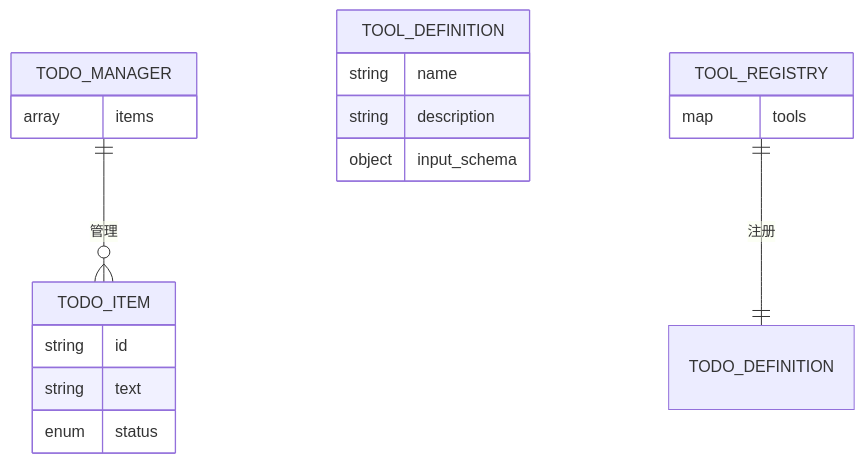
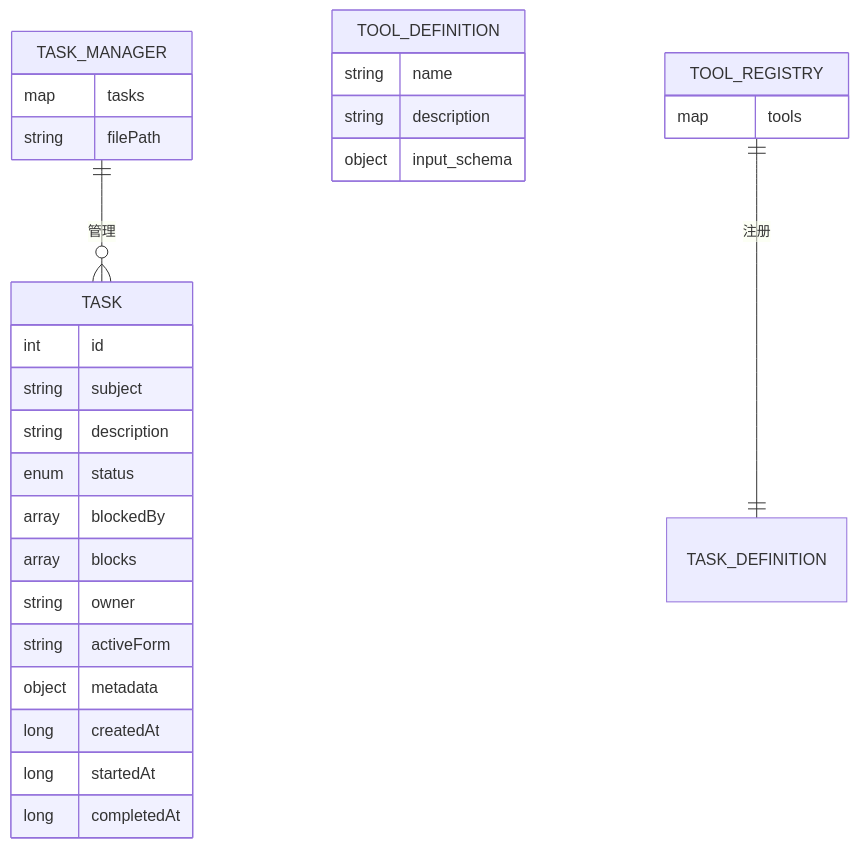
Before and after one commit to eurekaYYzero/Mini-Claude-Code: the fourth of 4 diagrams in .qoder/repowiki/zh/content/核心功能详解/任务规划管理.md, drawn with Mermaid. The commit also changed other lines of this file and 5 other files, not shown here.

````diff
--- a/.qoder/repowiki/zh/content/核心功能详解/任务规划管理.md
+++ b/.qoder/repowiki/zh/content/核心功能详解/任务规划管理.md
@@ -272,21 +311,31 @@
 ```mermaid
 erDiagram
-TODO_ITEM {
-string id
-string text
+TASK {
+int id
+string subject
+string description
 enum status
+array blockedBy
+array blocks
+string owner
+string activeForm
+object metadata
+long createdAt
+long startedAt
+long completedAt
 }
-TODO_MANAGER {
-array items
+TASK_MANAGER {
+map tasks
+string filePath
 }
 TOOL_DEFINITION {
 string name
 string description
 object input_schema
 }
 TOOL_REGISTRY {
 map tools
 }
-TODO_MANAGER ||--o{ TODO_ITEM : "管理"
-TOOL_REGISTRY ||--|| TODO_DEFINITION : "注册"
+TASK_MANAGER ||--o{ TASK : "管理"
+TOOL_REGISTRY ||--|| TASK_DEFINITION : "注册"
 ```
````
